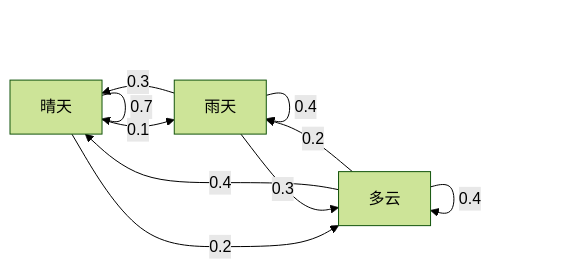
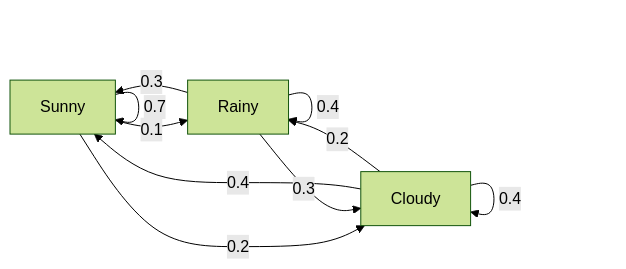
Before and after one commit to xiaojiaenen/ai-engineering-from-scratch-zh: the first of 2 diagrams in i18n/zh/phases/01-math-foundations/22-stochastic-processes/docs/zh.md, drawn with Mermaid (forest theme). The commit also changed other lines of this file and 22 other files, not shown here.

````diff
--- a/i18n/zh/phases/01-math-foundations/22-stochastic-processes/docs/zh.md
+++ b/i18n/zh/phases/01-math-foundations/22-stochastic-processes/docs/zh.md
@@ -96,12 +96,12 @@
 ```mermaid
 graph LR
-    S["晴天"] -->|0.7| S
-    S -->|0.1| R["雨天"]
-    S -->|0.2| C["多云"]
+    S["Sunny"] -->|0.7| S
+    S -->|0.1| R["Rainy"]
+    S -->|0.2| C["Cloudy"]
     R -->|0.3| S
     R -->|0.4| R
     R -->|0.3| C
     C -->|0.4| S
     C -->|0.2| R
     C -->|0.4| C
 ```
````
